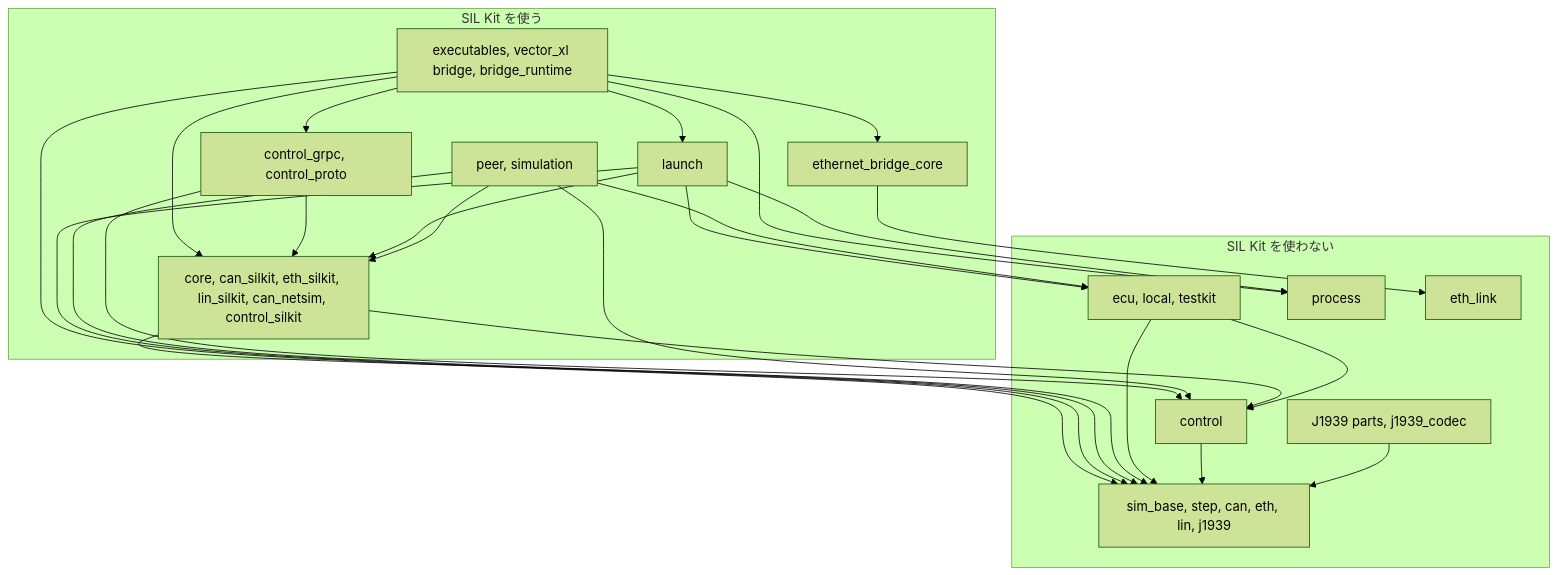
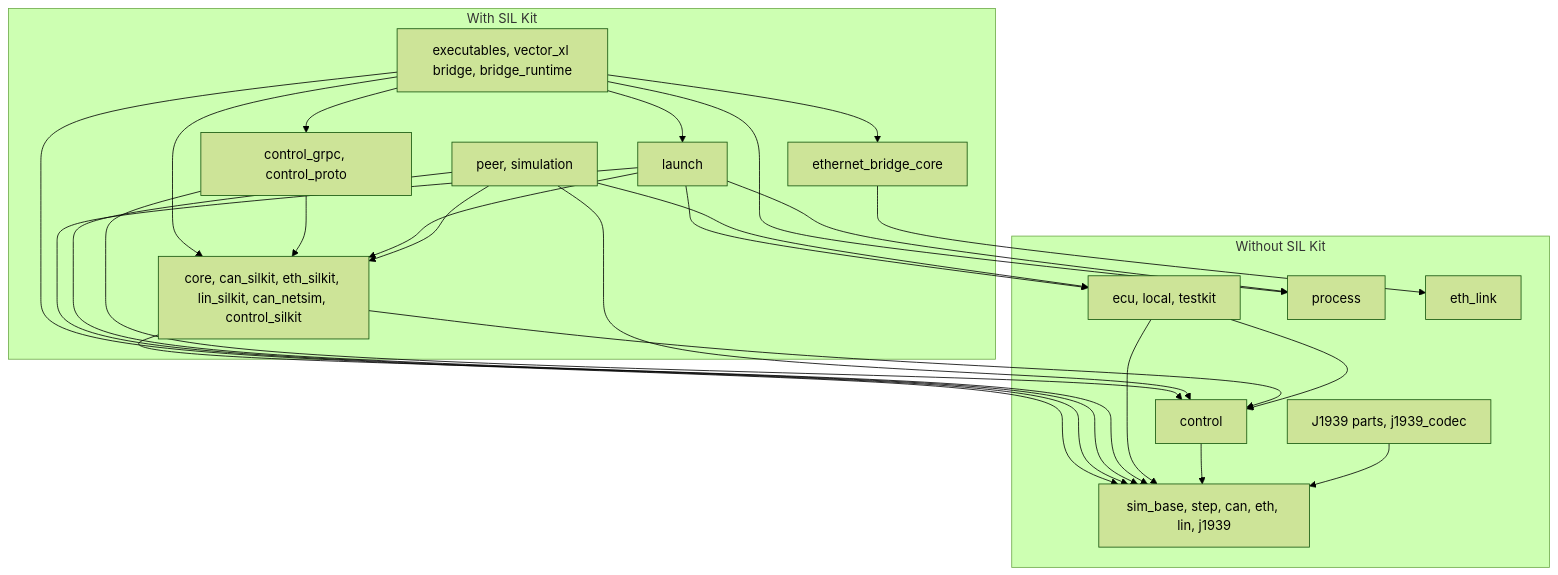
The first of 8 diagrams in docs/code-map.md (rahanahu/vehicle-sil), drawn with Mermaid (forest theme) before and after one commit. The commit also changed other lines of this file and 163 other files, not shown here.

````diff
--- a/docs/code-map.md
+++ b/docs/code-map.md
@@ -1136,42 +1142,42 @@
 ```mermaid
 flowchart TD
-    subgraph no_silkit["SIL Kit を使わない"]
+    subgraph no_silkit["Without SIL Kit"]
         protocols["sim_base, step, can, eth, lin, j1939"]
         control["control"]
         j1939_parts["J1939 parts, j1939_codec"]
         app["ecu, local, testkit"]
         process["process"]
         eth_link_box["eth_link"]
     end
-    subgraph with_silkit["SIL Kit を使う"]
+    subgraph with_silkit["With SIL Kit"]
         bindings["core, can_silkit, eth_silkit, lin_silkit, can_netsim, control_silkit"]
         run["peer, simulation"]
         launch["launch"]
         grpc["control_grpc, control_proto"]
         tools["executables, vector_xl bridge, bridge_runtime"]
         ethernet_bridge["ethernet_bridge_core"]
     end
     j1939_parts --> protocols
     control --> protocols
     app --> protocols
     app --> control
     bindings --> protocols
     bindings --> control
     run --> app
     run --> bindings
     run --> protocols
     run --> control
     launch --> app
     launch --> process
     launch --> protocols
     launch --> bindings
     grpc --> control
     grpc --> bindings
     tools --> protocols
     tools --> bindings
     tools --> launch
     tools --> process
     tools --> grpc
     tools --> ethernet_bridge
     ethernet_bridge --> eth_link_box
 ```
````
